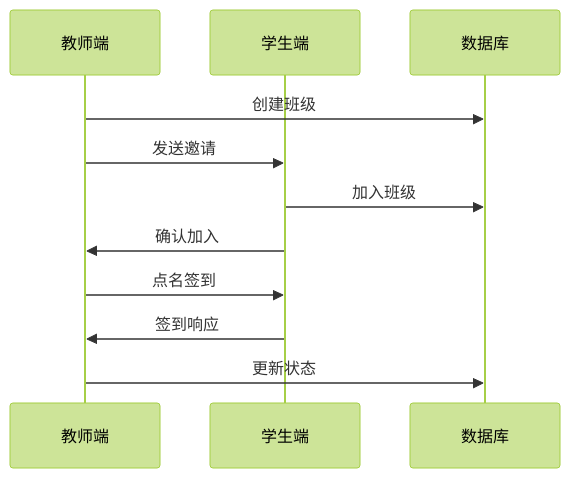
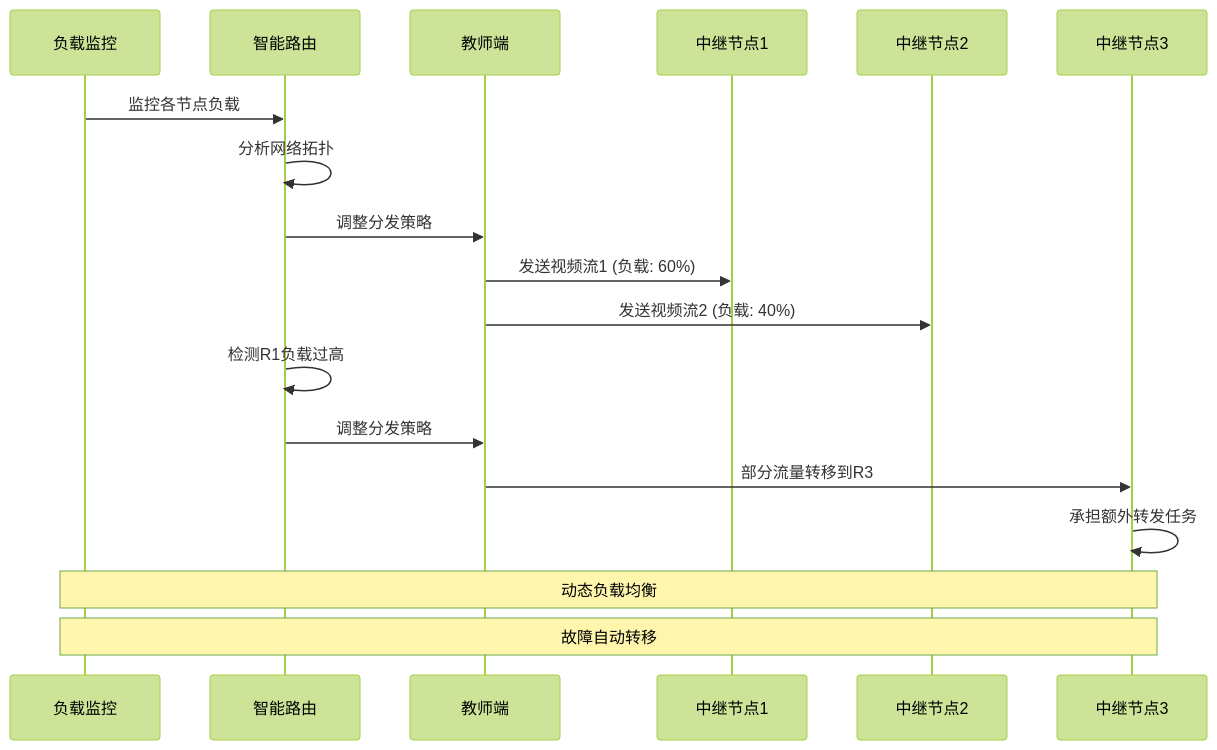
The eighth of 14 diagrams in docs/projects/sky-edu-classroom-screen-sharing/003_system-architecture_系统架构设计文档.md (IdEvEbI/sky-edu-docs), drawn with Mermaid (forest theme) before and after one commit. The commit also changed other lines of this file, not shown here.

````diff
--- a/docs/projects/sky-edu-classroom-screen-sharing/003_system-architecture_系统架构设计文档.md
+++ b/docs/projects/sky-edu-classroom-screen-sharing/003_system-architecture_系统架构设计文档.md
@@ -460,15 +708,22 @@
 ```mermaid
 sequenceDiagram
+    participant Monitor as 负载监控
+    participant Router as 智能路由
     participant T as 教师端
-    participant S as 学生端
-    participant DB as 数据库
+    participant R1 as 中继节点1
+    participant R2 as 中继节点2
+    participant R3 as 中继节点3
 
-    T->>DB: 创建班级
-    T->>S: 发送邀请
-    S->>DB: 加入班级
-    S->>T: 确认加入
+    Monitor->>Router: 监控各节点负载
+    Router->>Router: 分析网络拓扑
+    Router->>T: 调整分发策略
+    T->>R1: 发送视频流1 (负载: 60%)
+    T->>R2: 发送视频流2 (负载: 40%)
+    Router->>Router: 检测R1负载过高
+    Router->>T: 调整分发策略
+    T->>R3: 部分流量转移到R3
+    R3->>R3: 承担额外转发任务
 
-    T->>S: 点名签到
-    S->>T: 签到响应
-    T->>DB: 更新状态
+    Note over Monitor,R3: 动态负载均衡
+    Note over Monitor,R3: 故障自动转移
 ```
````
